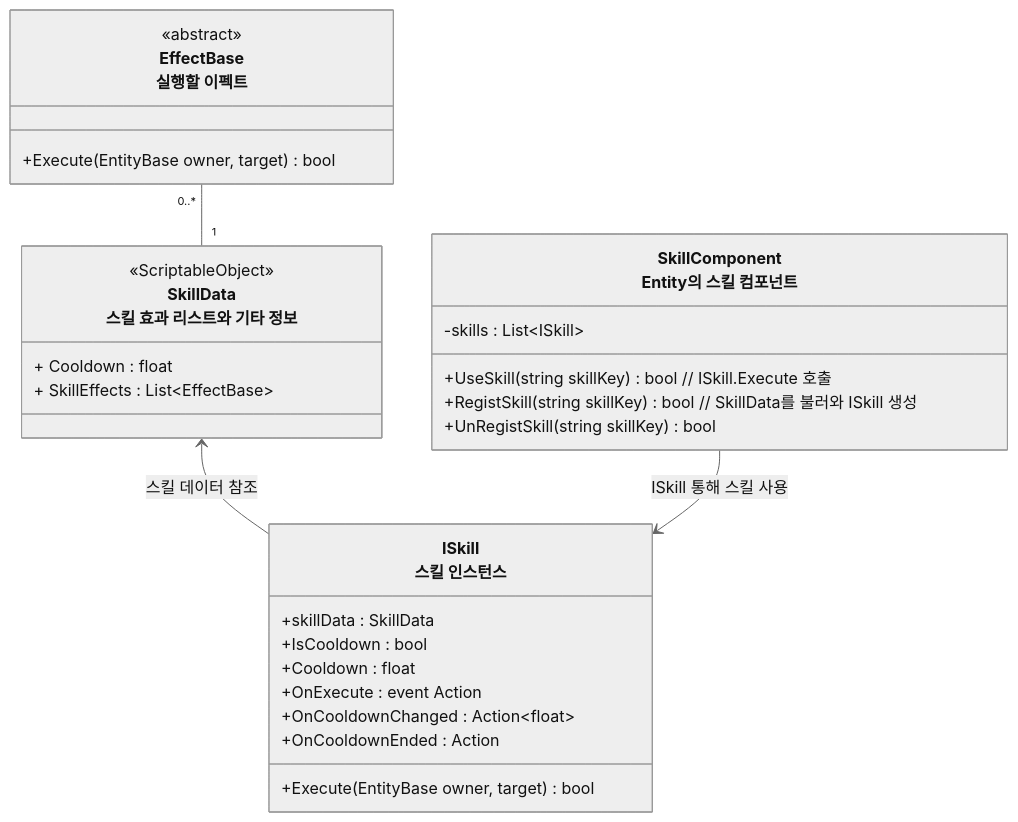
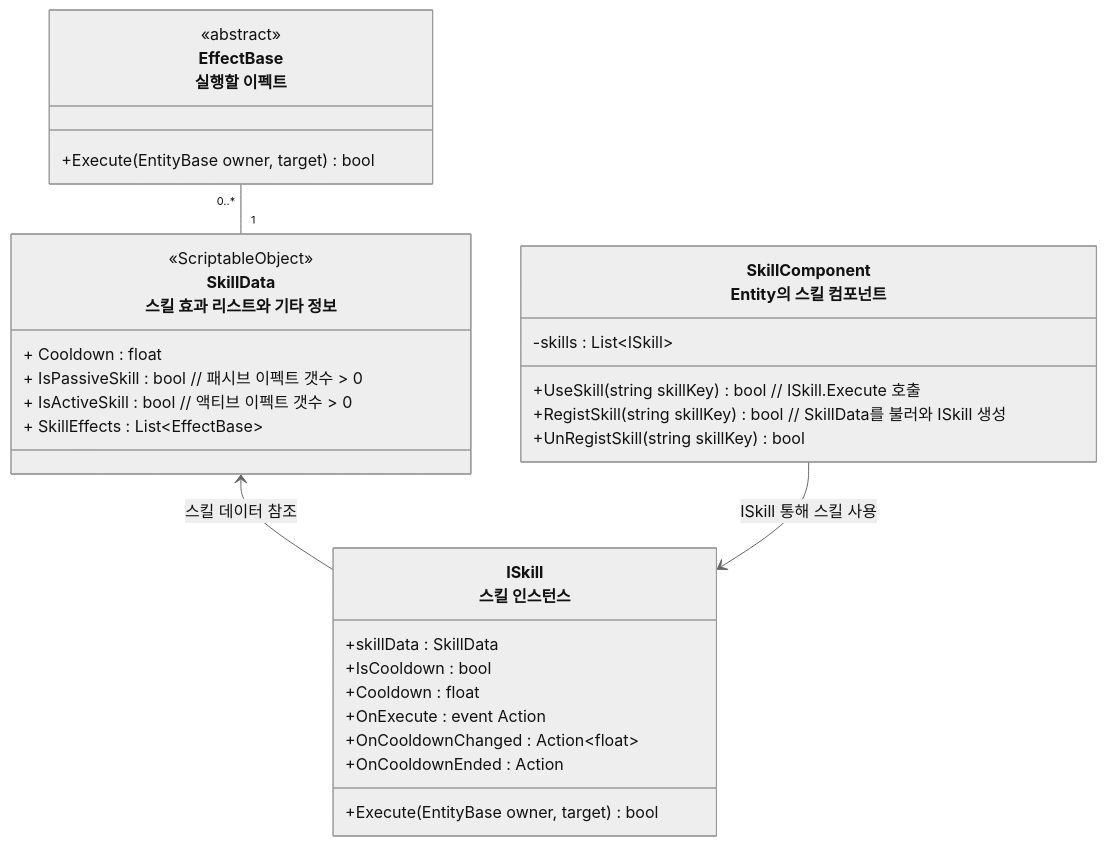
One commit to JIN5EOK/DungeonShooter changed the first of 2 diagrams in README/스킬시스템_설계.md. Above: the diagram before and after it, drawn with Mermaid (neutral theme). The commit also changed other lines of this file and 2 other files, not shown here.

````diff
--- a/README/스킬시스템_설계.md
+++ b/README/스킬시스템_설계.md
@@ -7,33 +7,35 @@
 ```mermaid
 classDiagram
     class EffectBase["EffectBase<br>실행할 이펙트"]{
         <<abstract>>
         +Execute(EntityBase owner, target) bool
     }
     
     class SkillData["SkillData<br>스킬 효과 리스트와 기타 정보"]{
         <<ScriptableObject>>
         + Cooldown : float
+		+ IsPassiveSkill : bool // 패시브 이펙트 갯수 > 0
+		+ IsActiveSkill : bool // 액티브 이펙트 갯수 > 0
         + SkillEffects : List~EffectBase~
     }
 
     class ISkill["ISkill<br>스킬 인스턴스"]{
         +skillData : SkillData
         +IsCooldown : bool
         +Cooldown : float
         +OnExecute : event Action
         +OnCooldownChanged : Action~float~
         +OnCooldownEnded : Action
         +Execute(EntityBase owner, target) bool
     }
 
     class SkillComponent["SkillComponent<br>Entity의 스킬 컴포넌트"]{
         -skills : List~ISkill~
         +UseSkill(string skillKey) bool // ISkill.Execute 호출
         +RegistSkill(string skillKey) bool // SkillData를 불러와 ISkill 생성 
         +UnRegistSkill(string skillKey) bool
     }
     SkillData <-- ISkill : 스킬 데이터 참조
     EffectBase "0..*"--"1" SkillData
     SkillComponent --> ISkill  : ISkill 통해 스킬 사용
 ```
````
